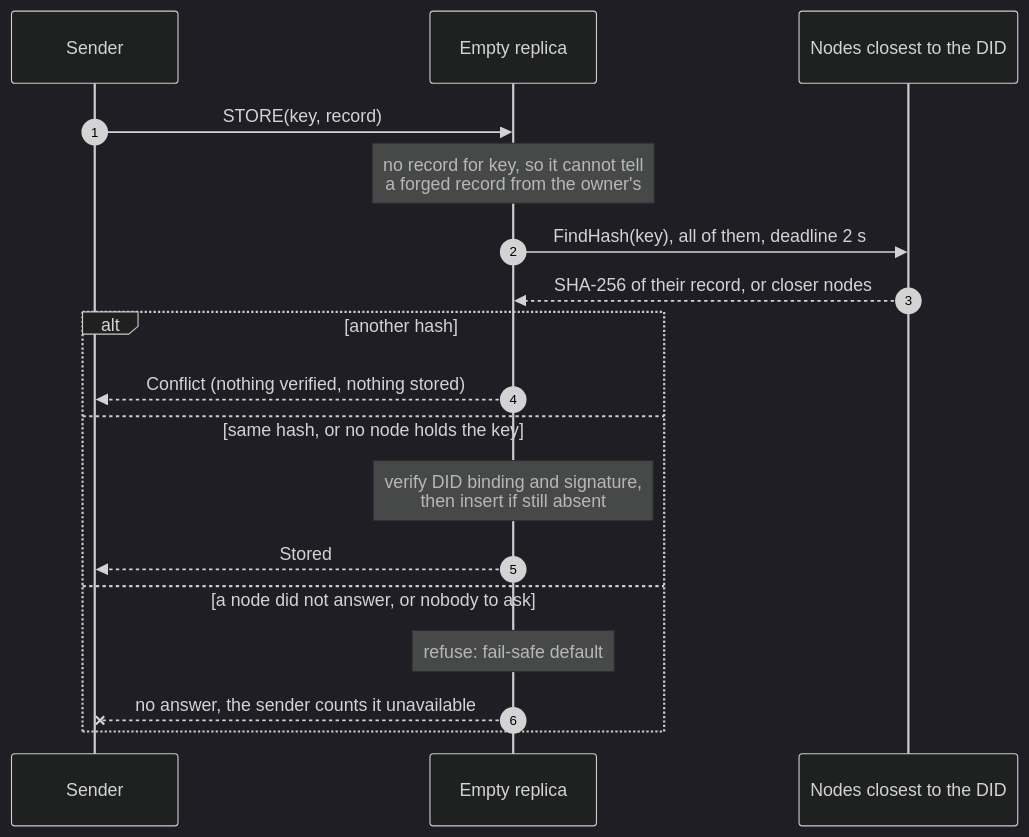
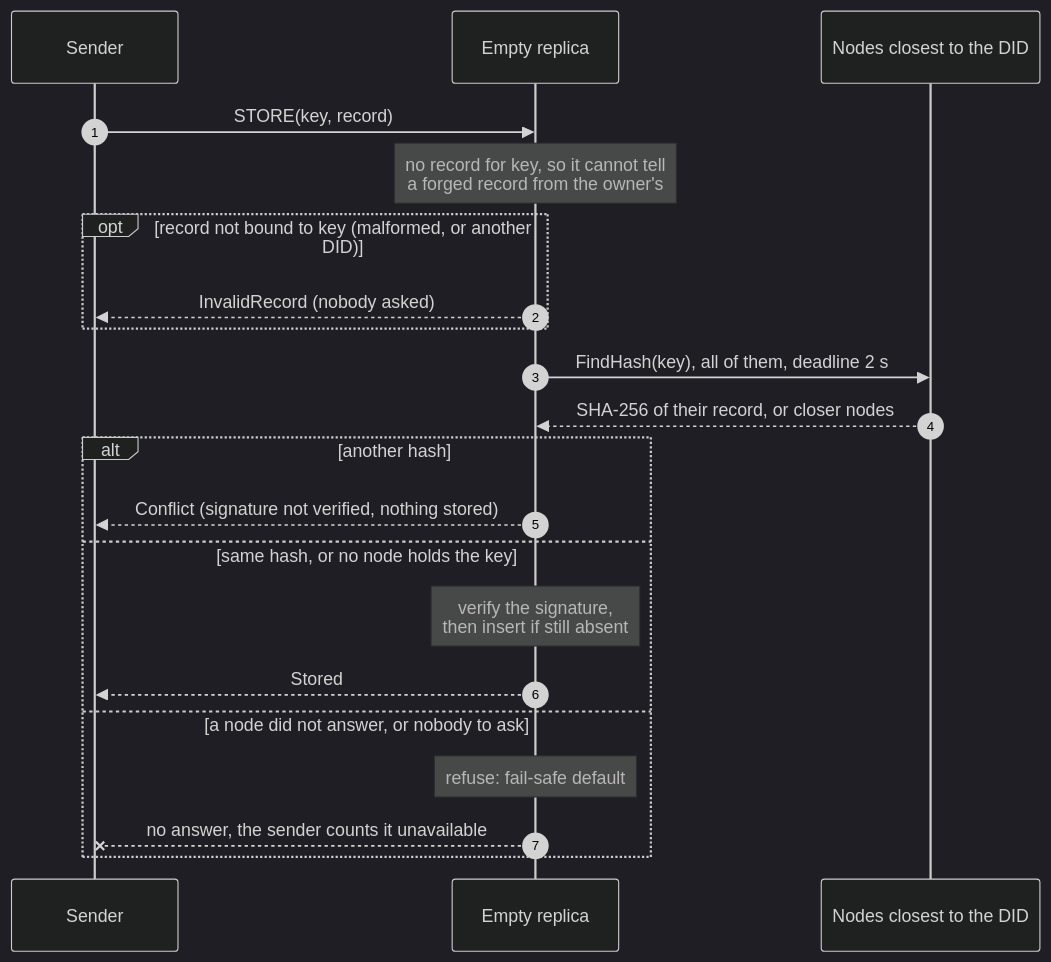
Before and after one commit to fratrung/auth-kademlia-rs: the diagram in docs/design/store-check.mmd, drawn with Mermaid (dark theme). The commit also changed 4 other files, not shown here.

First line of the commit message:
fix(store): check the DID binding before asking the network

```diff
--- a/docs/design/store-check.mmd
+++ b/docs/design/store-check.mmd
@@ -1,18 +1,21 @@
 sequenceDiagram
     autonumber
     participant S as Sender
     participant R as Empty replica
     participant C as Nodes closest to the DID
     S->>R: STORE(key, record)
     Note over R: no record for key, so it cannot tell<br/>a forged record from the owner's
+    opt record not bound to key (malformed, or another DID)
+        R-->>S: InvalidRecord (nobody asked)
+    end
     R->>C: FindHash(key), all of them, deadline 2 s
     C-->>R: SHA-256 of their record, or closer nodes
     alt another hash
-        R-->>S: Conflict (nothing verified, nothing stored)
+        R-->>S: Conflict (signature not verified, nothing stored)
     else same hash, or no node holds the key
-        Note over R: verify DID binding and signature,<br/>then insert if still absent
+        Note over R: verify the signature,<br/>then insert if still absent
         R-->>S: Stored
     else a node did not answer, or nobody to ask
         Note over R: refuse: fail-safe default
         R--xS: no answer, the sender counts it unavailable
     end
```
